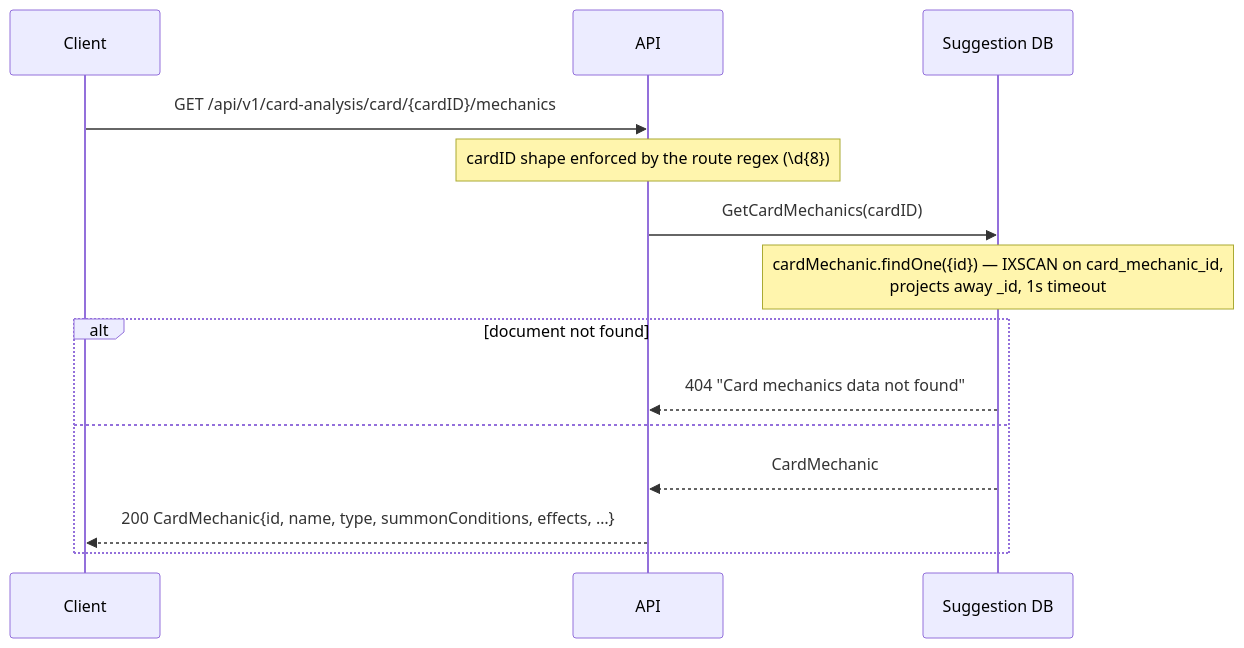
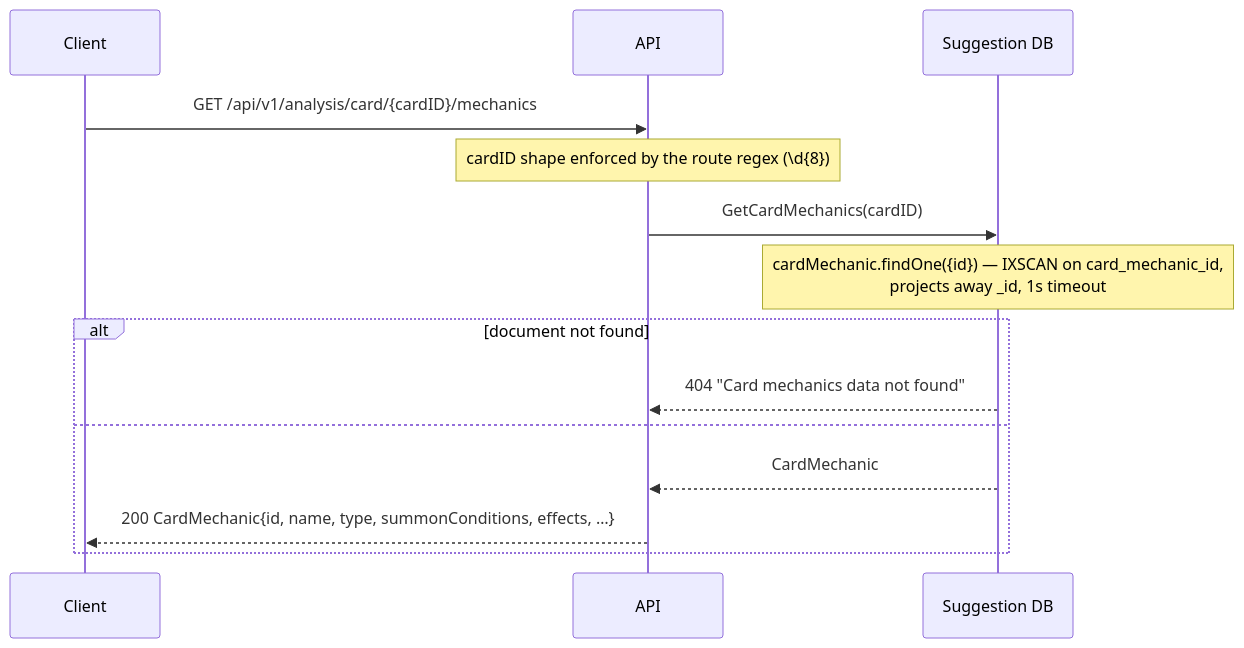
Before and after one commit to ygo-skc/skc-suggestion-engine: diagram 15 of 15 in SYSTEM_DESIGN.md, drawn with Mermaid. The commit also changed other lines of this file, not shown here.

````diff
--- a/SYSTEM_DESIGN.md
+++ b/SYSTEM_DESIGN.md
@@ -703,17 +703,17 @@
 ```mermaid
 sequenceDiagram
     participant Client
     participant API
     participant DB as Suggestion DB
 
-    Client->>API: GET /api/v1/card-analysis/card/{cardID}/mechanics
+    Client->>API: GET /api/v1/analysis/card/{cardID}/mechanics
     Note over API: cardID shape enforced by the route regex (\d{8})
     API->>DB: GetCardMechanics(cardID)
     Note over DB: cardMechanic.findOne({id}) — IXSCAN on card_mechanic_id,<br/>projects away _id, 1s timeout
     alt document not found
         DB-->>API: 404 "Card mechanics data not found"
     else
         DB-->>API: CardMechanic
         API-->>Client: 200 CardMechanic{id, name, type, summonConditions, effects, …}
     end
 ```
````
